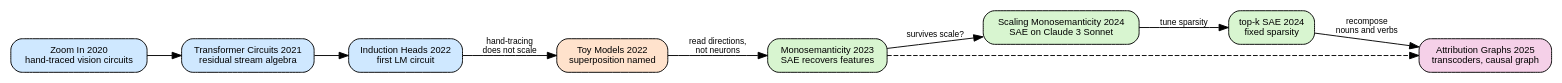
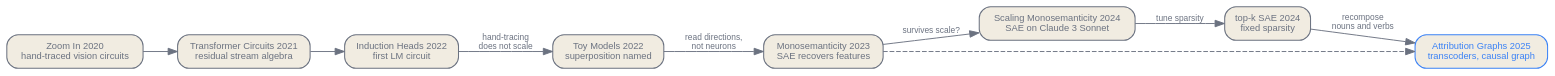
The second of 2 diagrams in en/p8-safety/32-mechanistic-interpretability.qmd (latere-ai/ai-as-an-infrastructure), drawn with Graphviz before and after one commit. The commit also changed 186 other files, not shown here.

First line of the commit message:
book: visual audit pass on all diagrams and figures

````diff
--- a/en/p8-safety/32-mechanistic-interpretability.qmd
+++ b/en/p8-safety/32-mechanistic-interpretability.qmd
@@ -201,26 +201,27 @@
 ```{dot}
 //| label: fig-interpretability-lineage
 //| fig-cap: "Lineage of mechanistic interpretability, from hand-traced circuits through learned features to causal attribution graphs. Each arrow marks the limit that forced the next step."
 digraph lineage {
   rankdir=LR;
-  node [shape=box, style="rounded,filled", fontname="Helvetica", fontsize=10, fillcolor="#eeeeee"];
-  edge [fontname="Helvetica", fontsize=9];
+  bgcolor="transparent";
+  node [shape=box, style="rounded,filled", fontname="Helvetica", fontsize=10, color="#6b7280", fontcolor="#6b7280", fillcolor="#f1ece1", penwidth=1.1];
+  edge [fontname="Helvetica", fontsize=9, color="#6b7280", fontcolor="#6b7280"];
 
-  zoomin [label="Zoom In 2020\nhand-traced vision circuits", fillcolor="#cfe8ff"];
-  framework [label="Transformer Circuits 2021\nresidual stream algebra", fillcolor="#cfe8ff"];
-  induction [label="Induction Heads 2022\nfirst LM circuit", fillcolor="#cfe8ff"];
-  toymodels [label="Toy Models 2022\nsuperposition named", fillcolor="#ffe2cc"];
-  sae [label="Monosemanticity 2023\nSAE recovers features", fillcolor="#d8f5d0"];
-  scaling [label="Scaling Monosemanticity 2024\nSAE on Claude 3 Sonnet", fillcolor="#d8f5d0"];
-  topk [label="top-k SAE 2024\nfixed sparsity", fillcolor="#d8f5d0"];
-  attrib [label="Attribution Graphs 2025\ntranscoders, causal graph", fillcolor="#f5d0e8"];
+  zoomin [label="Zoom In 2020\nhand-traced vision circuits"];
+  framework [label="Transformer Circuits 2021\nresidual stream algebra"];
+  induction [label="Induction Heads 2022\nfirst LM circuit"];
+  toymodels [label="Toy Models 2022\nsuperposition named"];
+  sae [label="Monosemanticity 2023\nSAE recovers features"];
+  scaling [label="Scaling Monosemanticity 2024\nSAE on Claude 3 Sonnet"];
+  topk [label="top-k SAE 2024\nfixed sparsity"];
+  attrib [label="Attribution Graphs 2025\ntranscoders, causal graph", color="#3b82f6", fontcolor="#3b82f6"];
 
   zoomin -> framework -> induction;
   induction -> toymodels [label="hand-tracing\ndoes not scale"];
   toymodels -> sae [label="read directions,\nnot neurons"];
   sae -> scaling [label="survives scale?"];
   scaling -> topk [label="tune sparsity"];
   topk -> attrib [label="recompose\nnouns and verbs"];
   sae -> attrib [style=dashed];
 }
 ```
````
